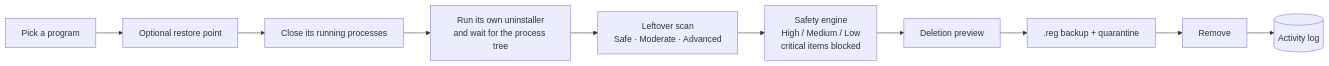
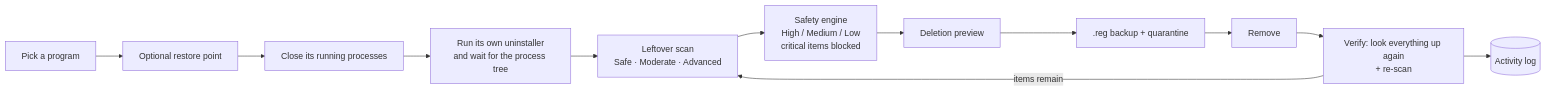
Before and after one commit to Mahdi-hasan-shuvo/unravel-uninstaller: the first of 2 diagrams in README.md, drawn with Mermaid. The commit also changed other lines of this file and 24 other files, not shown here.

````diff
--- a/README.md
+++ b/README.md
@@ -139,12 +143,14 @@
 ```mermaid
 flowchart LR
     A[Pick a program] --> B[Optional restore point]
     B --> C[Close its running processes]
     C --> D[Run its own uninstaller<br/>and wait for the process tree]
     D --> E[Leftover scan<br/>Safe · Moderate · Advanced]
     E --> F[Safety engine<br/>High / Medium / Low<br/>critical items blocked]
     F --> G[Deletion preview]
     G --> H[.reg backup + quarantine]
     H --> I[Remove]
-    I --> J[(Activity log)]
+    I --> V[Verify: look everything up again<br/>+ re-scan]
+    V -->|items remain| E
+    V --> J[(Activity log)]
 ```
````
